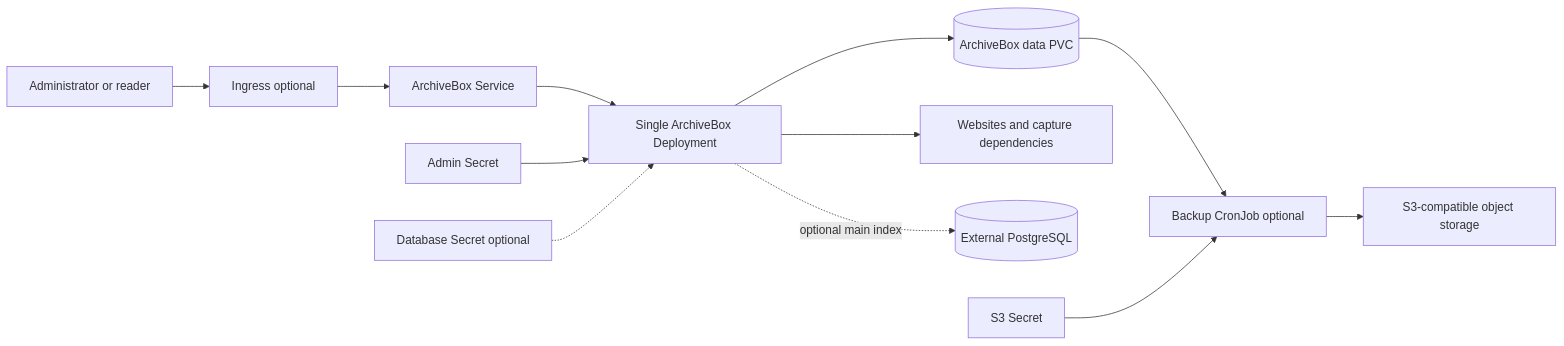
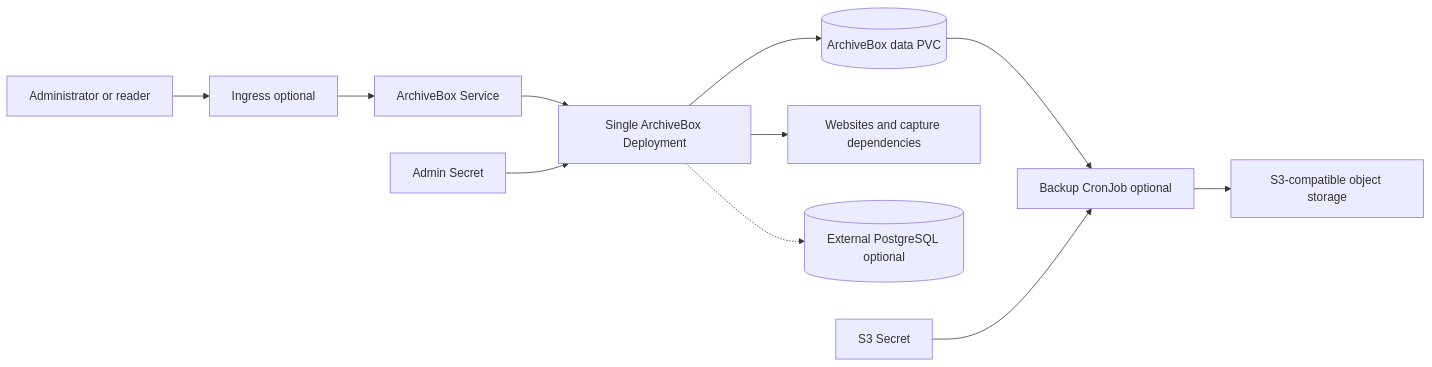
The diagram in charts/archivebox/DESIGN.md (helmforgedev/charts), drawn with Mermaid before and after one commit. The commit also changed other lines of this file and 10 other files, not shown here.

````diff
--- a/charts/archivebox/DESIGN.md
+++ b/charts/archivebox/DESIGN.md
@@ -17,14 +17,13 @@
 ```mermaid
 flowchart LR
   user[Administrator or reader] --> edge[Ingress optional]
   edge --> service[ArchiveBox Service]
   service --> app[Single ArchiveBox Deployment]
   admin[Admin Secret] --> app
   app --> data[(ArchiveBox data PVC)]
   app --> web[Websites and capture dependencies]
-  app -. optional main index .-> postgres[(External PostgreSQL)]
-  dbsecret[Database Secret optional] -.-> app
+  app -.-> postgres[(External PostgreSQL optional)]
   data --> cron[Backup CronJob optional]
   cron --> s3[S3-compatible object storage]
   s3secret[S3 Secret] --> cron
 ```
````
